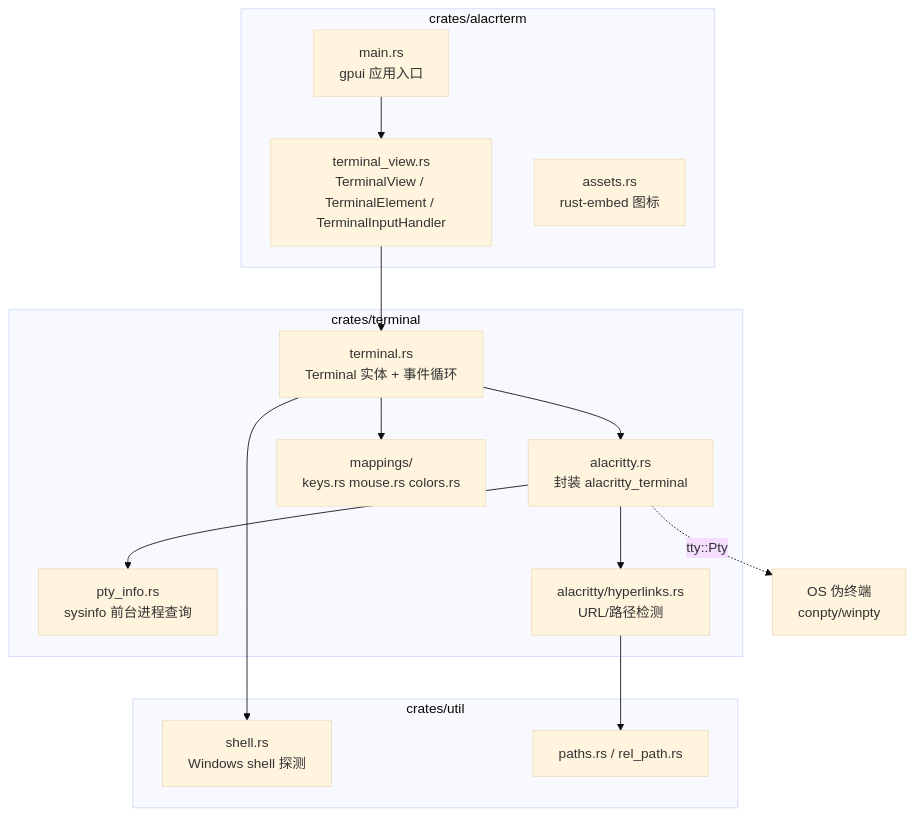
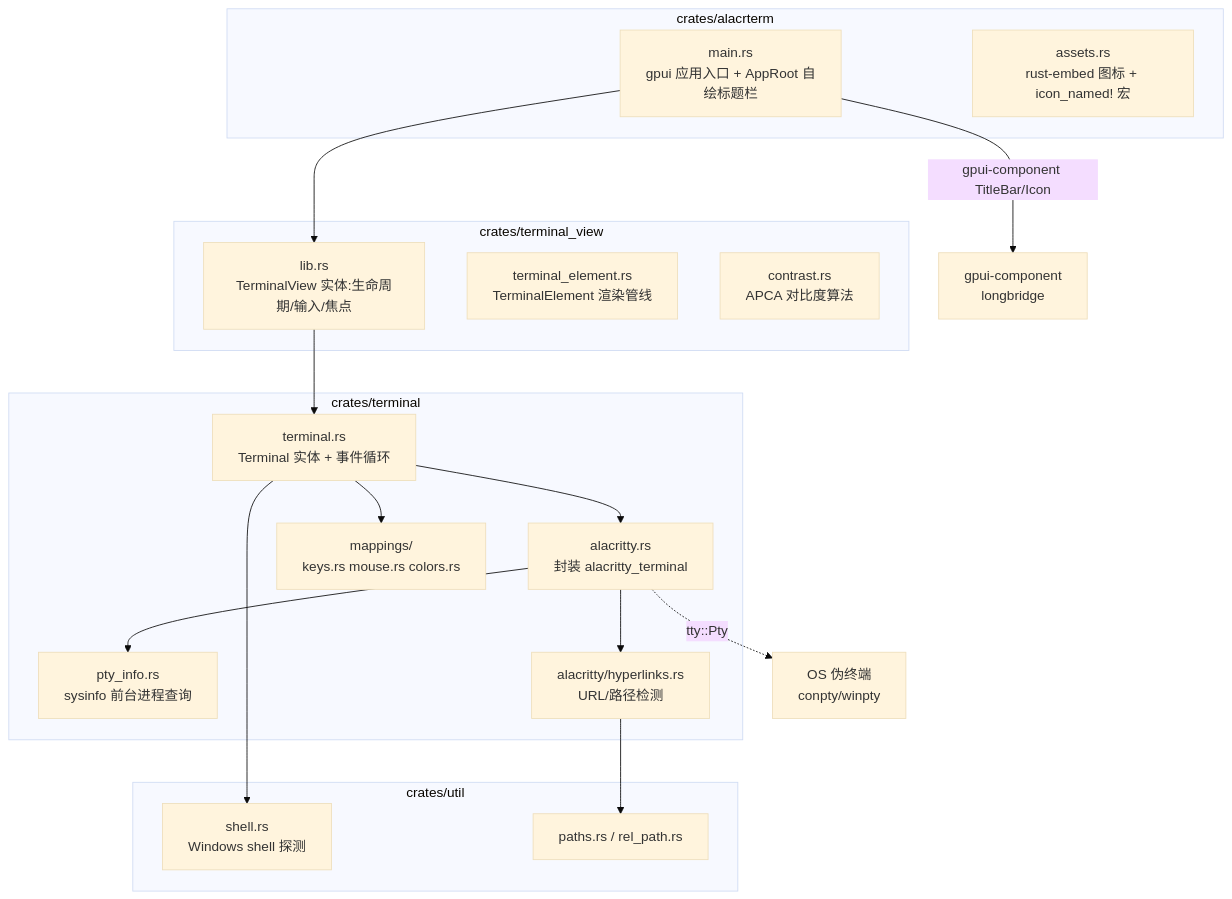
The first of 4 diagrams in docs/terminal-architecture.md (zephyraluco/alacrterm), drawn with Mermaid (base theme) before and after one commit. The commit also changed other lines of this file and 1 other file, not shown here.

First line of the commit message:
docs: update architecture and rendering docs to match current implementation

````diff
--- a/docs/terminal-architecture.md
+++ b/docs/terminal-architecture.md
@@ -34,31 +38,37 @@
 ```mermaid
 graph TB
     subgraph app层[crates/alacrterm]
-        MAIN[main.rs<br/>gpui 应用入口]
-        VIEW[terminal_view.rs<br/>TerminalView / TerminalElement / TerminalInputHandler]
-        ASSET[assets.rs<br/>rust-embed 图标]
+        MAIN[main.rs<br/>gpui 应用入口 + AppRoot 自绘标题栏]
+        ASSET[assets.rs<br/>rust-embed 图标 + icon_named! 宏]
+    end
+
+    subgraph view层[crates/terminal_view]
+        VIEW[lib.rs<br/>TerminalView 实体:生命周期/输入/焦点]
+        ELEM[terminal_element.rs<br/>TerminalElement 渲染管线]
+        CONTRAST[contrast.rs<br/>APCA 对比度算法]
     end
 
     subgraph core层[crates/terminal]
         TERM[terminal.rs<br/>Terminal 实体 + 事件循环]
         ALAC[alacritty.rs<br/>封装 alacritty_terminal]
         PTYINFO[pty_info.rs<br/>sysinfo 前台进程查询]
         HYPER[alacritty/hyperlinks.rs<br/>URL/路径检测]
         MAP[ mappings/<br/>keys.rs mouse.rs colors.rs]
     end
 
     subgraph util层[crates/util]
         SHELL[shell.rs<br/>Windows shell 探测]
         PATH[paths.rs / rel_path.rs]
     end
 
     MAIN --> VIEW
+    MAIN -->|gpui-component TitleBar/Icon| GPUIC[gpui-component<br/>longbridge]
     VIEW --> TERM
     TERM --> ALAC
     ALAC --> PTYINFO
     ALAC --> HYPER
     TERM --> MAP
     TERM --> SHELL
     HYPER --> PATH
     ALAC -.tty::Pty.-> OS[OS 伪终端<br/>conpty/winpty]
 ```
````
